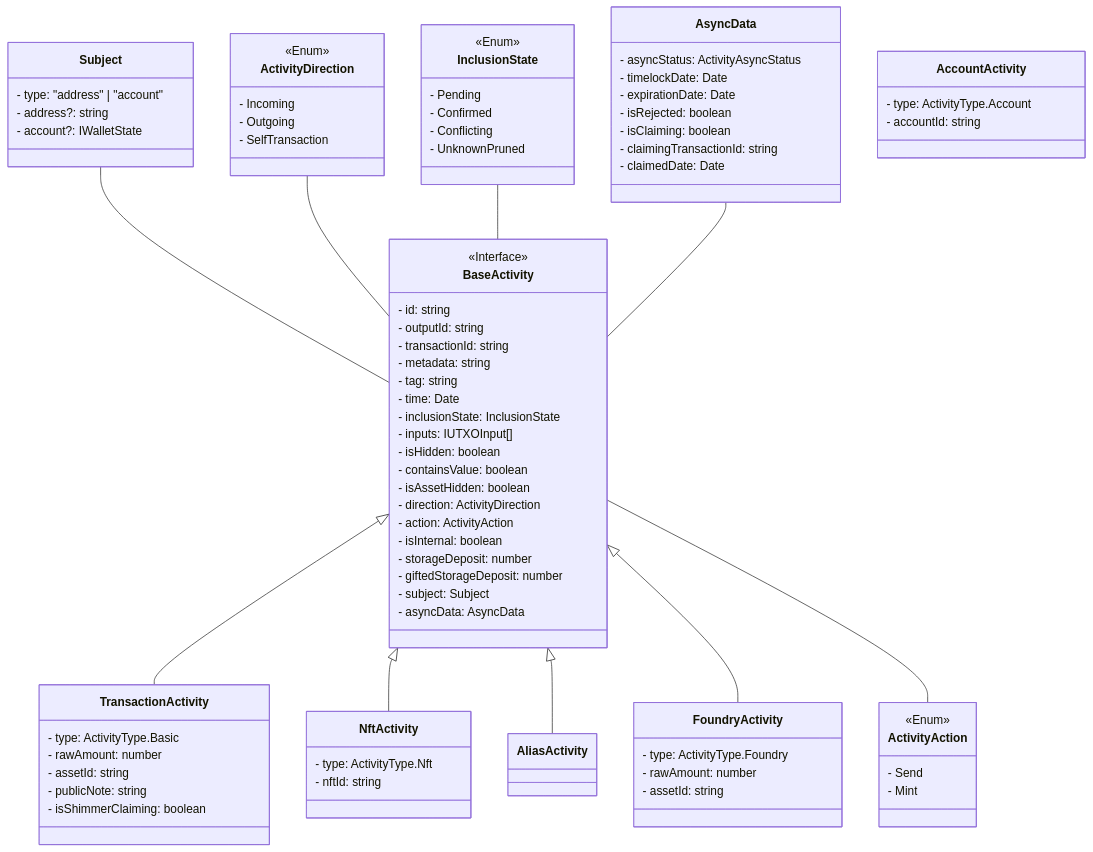
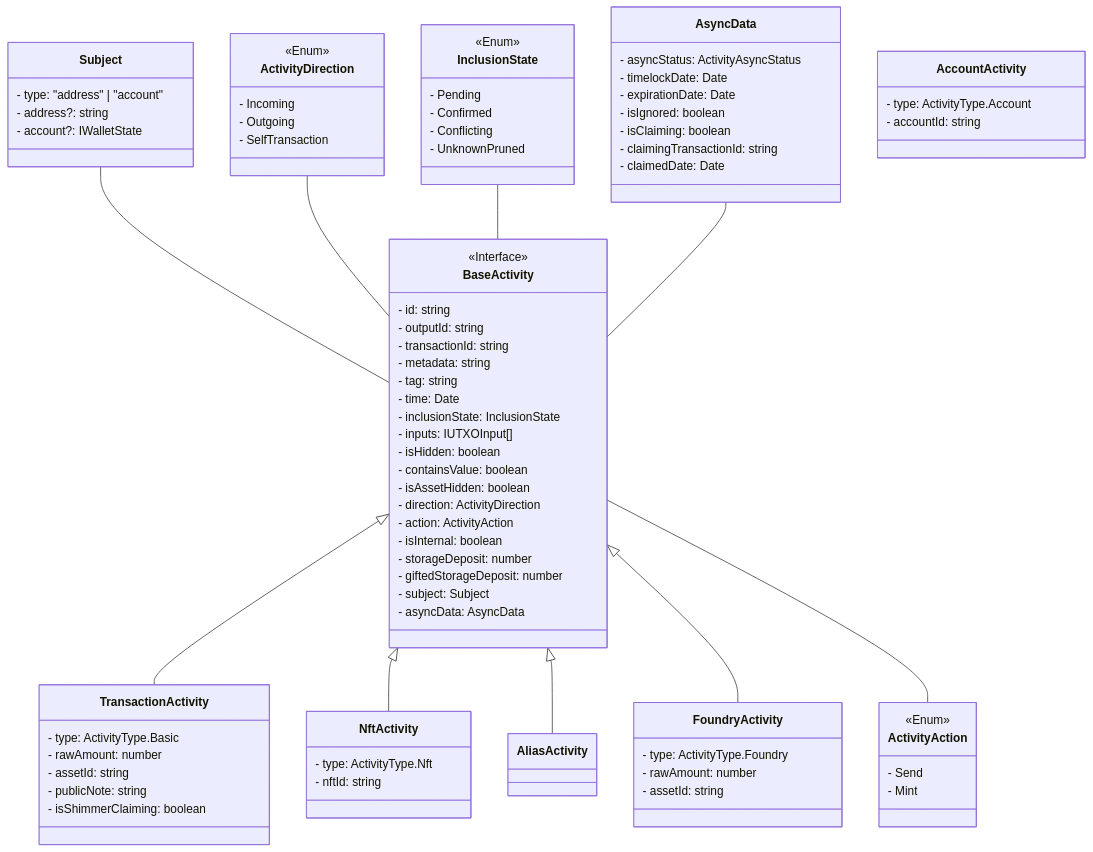
Before and after one commit to iotaledger/firefly: the diagram in docs/specifications/activities/class-diagram.md, drawn with Mermaid. The commit also changed 11 other files, not shown here.

```diff
--- a/docs/specifications/activities/class-diagram.md
+++ b/docs/specifications/activities/class-diagram.md
@@ -78,7 +78,7 @@
         - asyncStatus: ActivityAsyncStatus
         - timelockDate: Date
         - expirationDate: Date
-        - isRejected: boolean
+        - isIgnored: boolean
         - isClaiming: boolean
         - claimingTransactionId: string
         - claimedDate: Date
```
